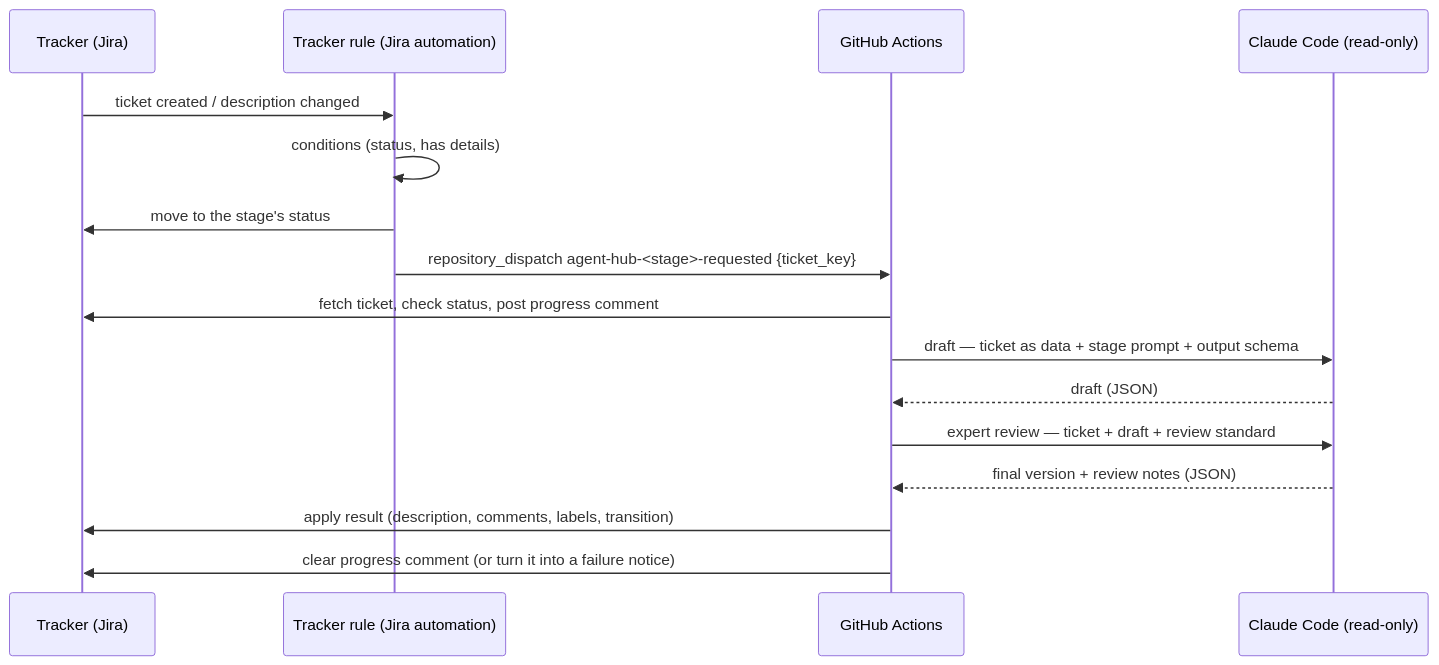
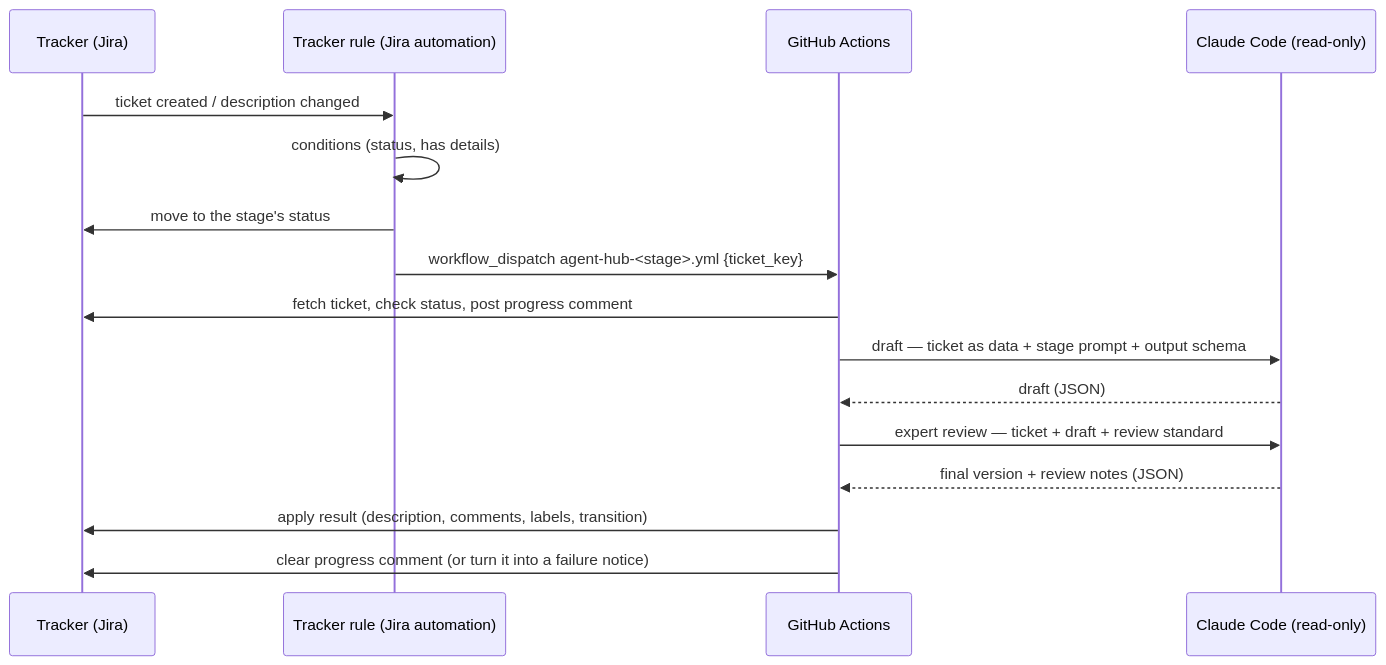
Before and after one commit to dkmyta/agent-hub: the diagram in .github/agent-hub/docs/architecture.md, drawn with Mermaid. The commit also changed other lines of this file and 44 other files, not shown here.

````diff
--- a/.github/agent-hub/docs/architecture.md
+++ b/.github/agent-hub/docs/architecture.md
@@ -171,18 +171,18 @@
 ```mermaid
 sequenceDiagram
   participant J as Tracker (Jira)
   participant R as Tracker rule (Jira automation)
   participant G as GitHub Actions
   participant C as Claude Code (read-only)
   J->>R: ticket created / description changed
   R->>R: conditions (status, has details)
   R->>J: move to the stage's status
-  R->>G: repository_dispatch agent-hub-<stage>-requested {ticket_key}
+  R->>G: workflow_dispatch agent-hub-<stage>.yml {ticket_key}
   G->>J: fetch ticket, check status, post progress comment
   G->>C: draft — ticket as data + stage prompt + output schema
   C-->>G: draft (JSON)
   G->>C: expert review — ticket + draft + review standard
   C-->>G: final version + review notes (JSON)
   G->>J: apply result (description, comments, labels, transition)
   G->>J: clear progress comment (or turn it into a failure notice)
 ```
````
